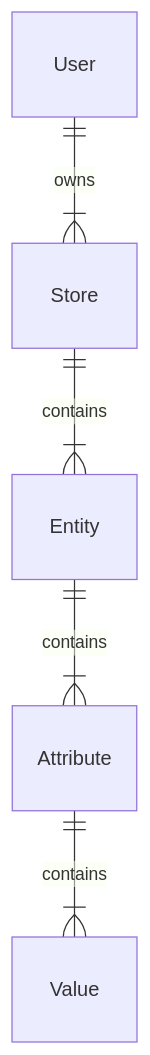
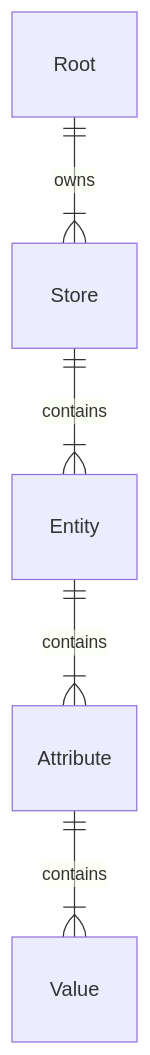
One commit to RhizomeDB/cryptable changed the first of 3 diagrams in README.md. Above: the diagram before and after it, drawn with Mermaid. The commit also changed other lines of this file, not shown here.

````diff
--- a/README.md
+++ b/README.md
@@ -53,7 +53,7 @@
 ``` mermaid
 erDiagram
-    User ||--|{ Store: owns
+    Root ||--|{ Store: owns
     Store ||--|{ Entity: contains
     Entity ||--|{ Attribute: contains
     Attribute ||--|{ Value: contains
 ```
````
